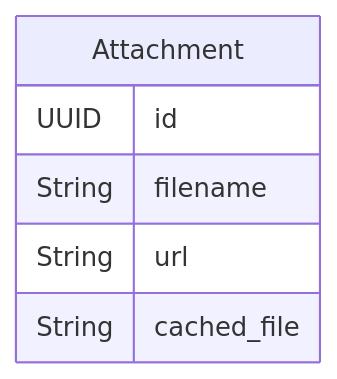
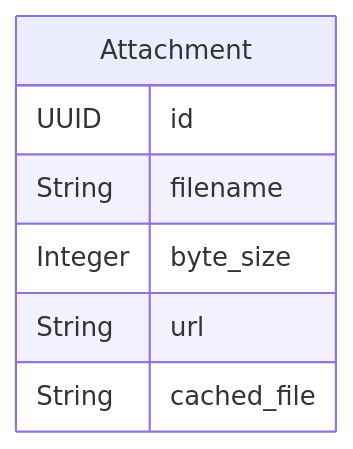
Before and after one commit to zebbra/data_aggregator: the eighth of 8 diagrams in docs/api.md, drawn with Mermaid. The commit also changed other lines of this file and 40 other files, not shown here.

````diff
--- a/docs/api.md
+++ b/docs/api.md
@@ -685,9 +710,10 @@
 ```mermaid
 erDiagram
     Attachment {
         UUID id
         String filename
+        Integer byte_size
         String url
         String cached_file
     }
 ```
````
